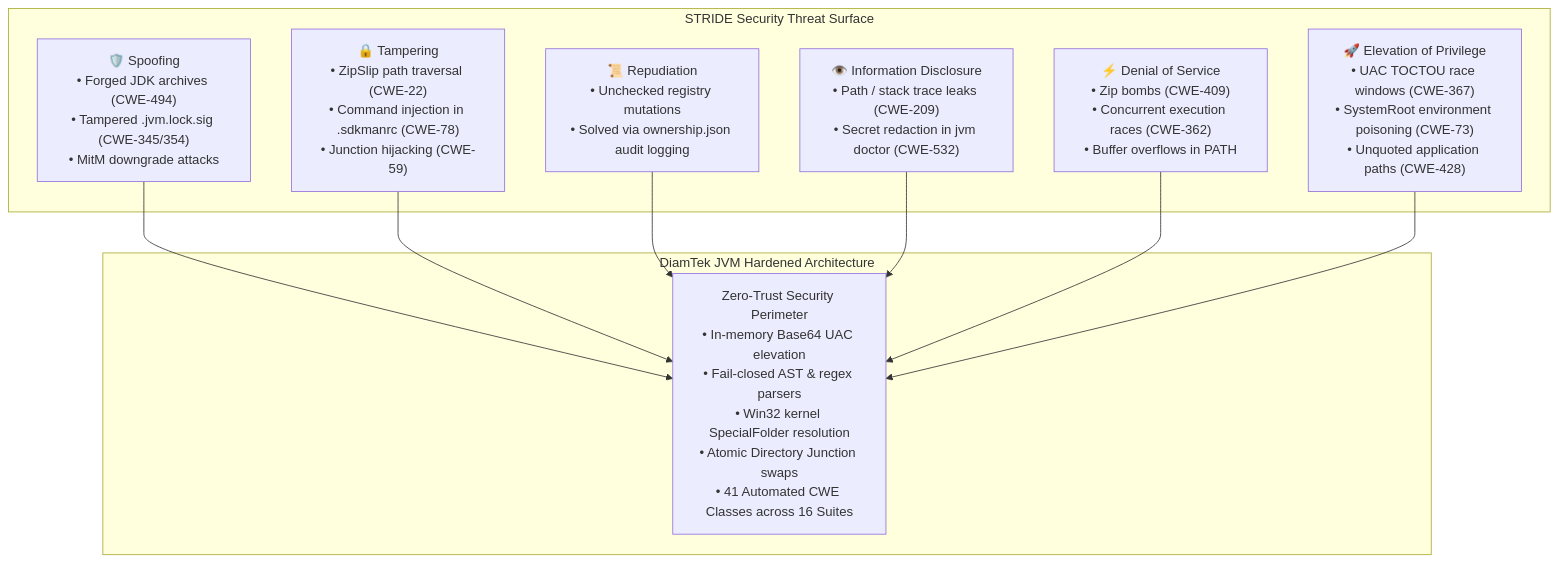
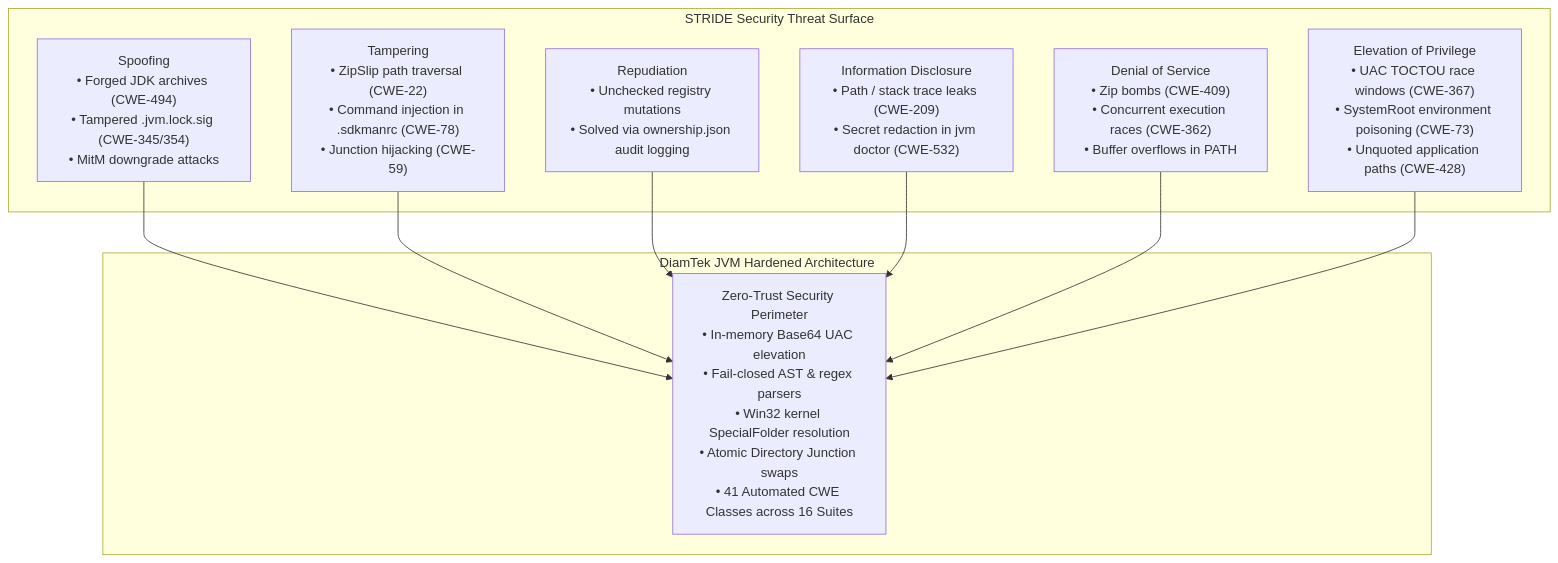
The first of 2 diagrams in docs/THREAT-MATRIX.md (DiamTek/Java-Version-Manager-Windows), drawn with Mermaid before and after one commit. The commit also changed other lines of this file and 23 other files, not shown here.

````diff
--- a/docs/THREAT-MATRIX.md
+++ b/docs/THREAT-MATRIX.md
@@ -49,22 +49,22 @@
 ```mermaid
 flowchart TD
     subgraph STRIDE["STRIDE Security Threat Surface"]
-        S["🛡️ Spoofing<br>• Forged JDK archives (CWE-494)<br>• Tampered .jvm.lock.sig (CWE-345/354)<br>• MitM downgrade attacks"]
-        T["🔒 Tampering<br>• ZipSlip path traversal (CWE-22)<br>• Command injection in .sdkmanrc (CWE-78)<br>• Junction hijacking (CWE-59)"]
-        R["📜 Repudiation<br>• Unchecked registry mutations<br>• Solved via ownership.json audit logging"]
-        I["👁️ Information Disclosure<br>• Path / stack trace leaks (CWE-209)<br>• Secret redaction in jvm doctor (CWE-532)"]
-        D["⚡ Denial of Service<br>• Zip bombs (CWE-409)<br>• Concurrent execution races (CWE-362)<br>• Buffer overflows in PATH"]
-        E["🚀 Elevation of Privilege<br>• UAC TOCTOU race windows (CWE-367)<br>• SystemRoot environment poisoning (CWE-73)<br>• Unquoted application paths (CWE-428)"]
+        S["Spoofing<br>• Forged JDK archives (CWE-494)<br>• Tampered .jvm.lock.sig (CWE-345/354)<br>• MitM downgrade attacks"]
+        T["Tampering<br>• ZipSlip path traversal (CWE-22)<br>• Command injection in .sdkmanrc (CWE-78)<br>• Junction hijacking (CWE-59)"]
+        R["Repudiation<br>• Unchecked registry mutations<br>• Solved via ownership.json audit logging"]
+        I["Information Disclosure<br>• Path / stack trace leaks (CWE-209)<br>• Secret redaction in jvm doctor (CWE-532)"]
+        D["Denial of Service<br>• Zip bombs (CWE-409)<br>• Concurrent execution races (CWE-362)<br>• Buffer overflows in PATH"]
+        E["Elevation of Privilege<br>• UAC TOCTOU race windows (CWE-367)<br>• SystemRoot environment poisoning (CWE-73)<br>• Unquoted application paths (CWE-428)"]
     end
 
     subgraph Defenses["DiamTek JVM Hardened Architecture"]
         Engine["Zero-Trust Security Perimeter<br>• In-memory Base64 UAC elevation<br>• Fail-closed AST & regex parsers<br>• Win32 kernel SpecialFolder resolution<br>• Atomic Directory Junction swaps<br>• 41 Automated CWE Classes across 16 Suites"]
     end
 
     S --> Engine
     T --> Engine
     R --> Engine
     I --> Engine
     D --> Engine
     E --> Engine
 ```
````
